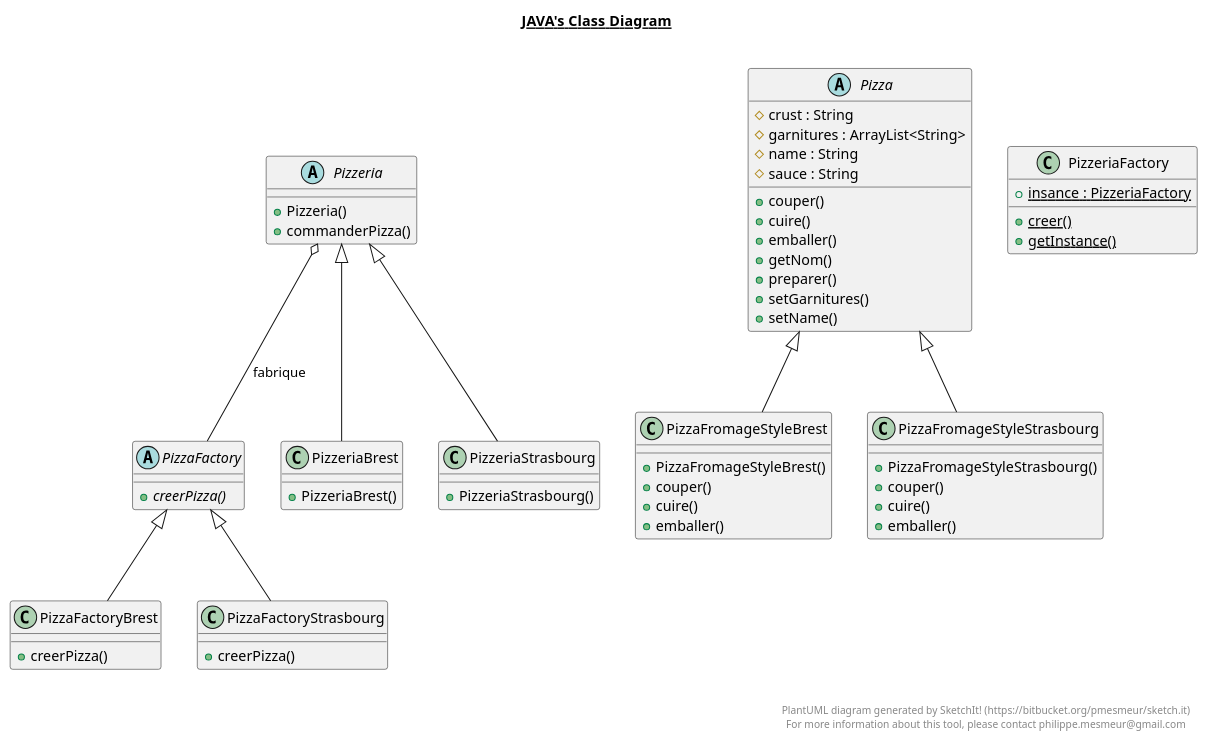
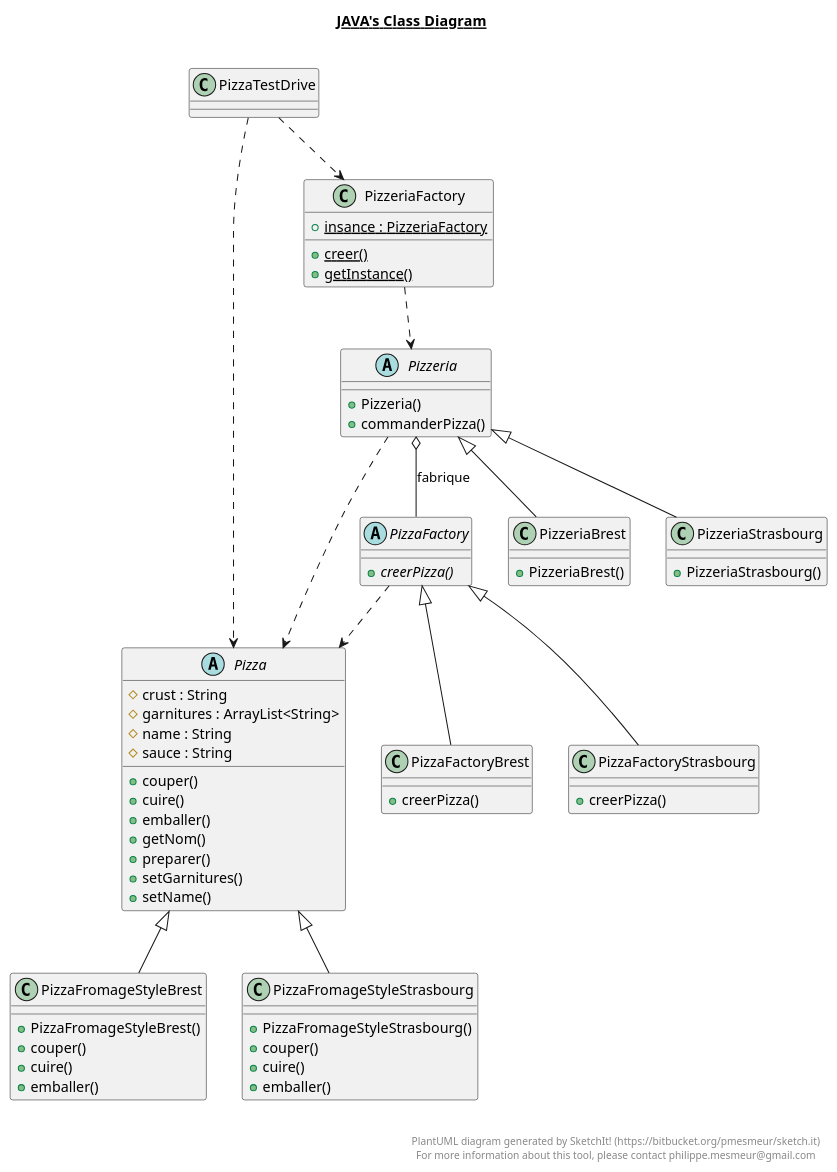
The diagram in docs/TP3.plantuml (IUT-Blagnac/cpoa-tp3-Sbigourie), drawn with PlantUML before and after one commit. The commit also changed 3 other files, not shown here.

```diff
--- a/docs/TP3.plantuml
+++ b/docs/TP3.plantuml
@@ -1,111 +1,116 @@
 @startuml
 
 title __JAVA's Class Diagram__\n
 
 
     abstract class Pizza {
         # crust : String
         # garnitures : ArrayList<String>
         # name : String
         # sauce : String
         + couper()
         + cuire()
         + emballer()
         + getNom()
         + preparer()
         + setGarnitures()
         + setName()
     }
 
   
 
 
     abstract class PizzaFactory {
         {abstract} + creerPizza()
     }
 
   
 
 
     class PizzaFactoryBrest {
         + creerPizza()
     }
 
   
 
 
     class PizzaFactoryStrasbourg {
         + creerPizza()
     }
 
   
 
 
     class PizzaFromageStyleBrest {
         + PizzaFromageStyleBrest()
         + couper()
         + cuire()
         + emballer()
     }
 
   
 
 
     class PizzaFromageStyleStrasbourg {
         + PizzaFromageStyleStrasbourg()
         + couper()
         + cuire()
         + emballer()
     }
 
   
 
 
     abstract class Pizzeria {
         + Pizzeria()
         + commanderPizza()
     }
 
   
 
 
     class PizzeriaBrest {
         + PizzeriaBrest()
     }
 
   
 
 
     class PizzeriaFactory {
         {static} + insance : PizzeriaFactory
         {static} + creer()
         {static} + getInstance()
     }
 
   
 
 
     class PizzeriaStrasbourg {
         + PizzeriaStrasbourg()
     }
 
 
   
+    Pizzeria ..> Pizza
+    PizzeriaFactory ..> Pizzeria
+    PizzaFactory ..> Pizza
+    PizzaTestDrive ..> Pizza
+    PizzaTestDrive ..> PizzeriaFactory
 
   PizzaFactoryBrest -up-|> PizzaFactory
   PizzaFactoryStrasbourg -up-|> PizzaFactory
   PizzaFromageStyleBrest -up-|> Pizza
   PizzaFromageStyleStrasbourg -up-|> Pizza
   Pizzeria o-- PizzaFactory : fabrique
   PizzeriaBrest -up-|> Pizzeria
   PizzeriaStrasbourg -up-|> Pizzeria
 
 
 right footer
 
 
 PlantUML diagram generated by SketchIt! (https://bitbucket.org/pmesmeur/sketch.it)
 For more information about this tool, please contact philippe.mesmeur@gmail.com
 endfooter
 
 @enduml
```
